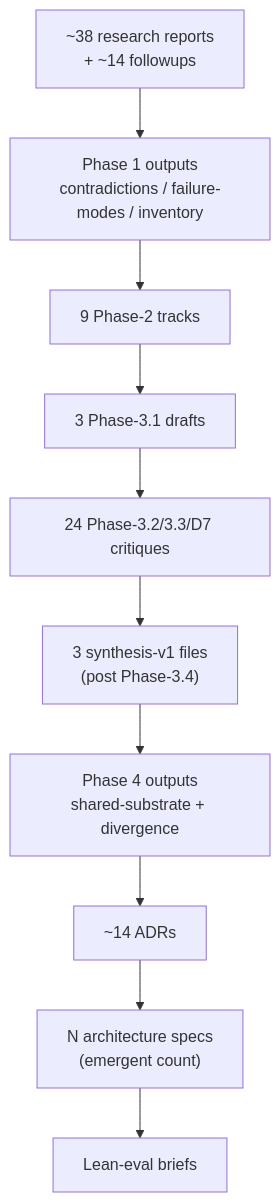
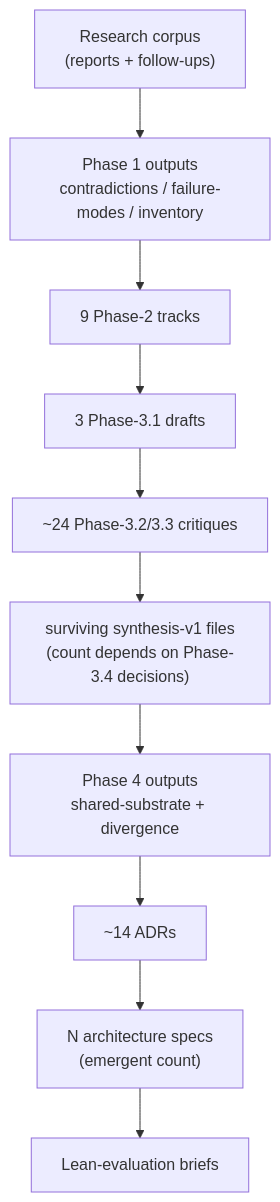
The fourth of 11 diagrams in research-plan-v3-primer.md (lago-morph/software-factory), drawn with Mermaid before and after one commit. The commit also changed other lines of this file, not shown here.

````diff
--- a/research-plan-v3-primer.md
+++ b/research-plan-v3-primer.md
@@ -111,16 +101,16 @@
 ```mermaid
 flowchart TB
-    CORPUS["~38 research reports<br/>+ ~14 followups"]
+    CORPUS["Research corpus<br/>(reports + follow-ups)"]
     P1OUT["Phase 1 outputs<br/>contradictions / failure-modes / inventory"]
     TRACKS["9 Phase-2 tracks"]
     DRAFTS["3 Phase-3.1 drafts"]
-    CRITIQUES["24 Phase-3.2/3.3/D7 critiques"]
-    SV1["3 synthesis-v1 files<br/>(post Phase-3.4)"]
+    CRITIQUES["~24 Phase-3.2/3.3 critiques"]
+    SV1["surviving synthesis-v1 files<br/>(count depends on Phase-3.4 decisions)"]
     P4OUT["Phase 4 outputs<br/>shared-substrate + divergence"]
     ADRS["~14 ADRs"]
     SPECS["N architecture specs<br/>(emergent count)"]
-    EVALS["Lean-eval briefs"]
+    EVALS["Lean-evaluation briefs"]
 
     CORPUS --> P1OUT --> TRACKS --> DRAFTS
     DRAFTS --> CRITIQUES --> SV1 --> P4OUT --> ADRS --> SPECS --> EVALS
 ```
````
